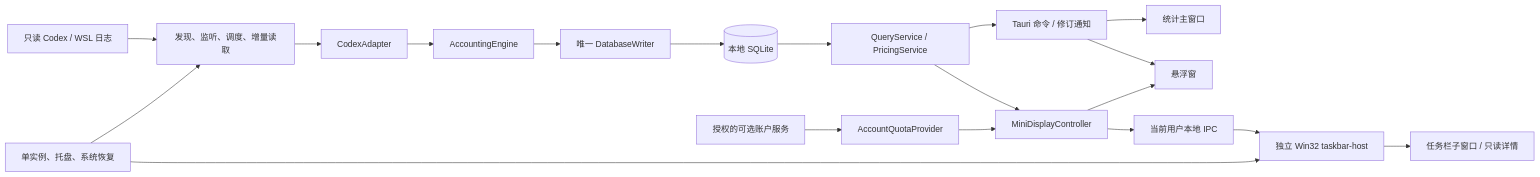
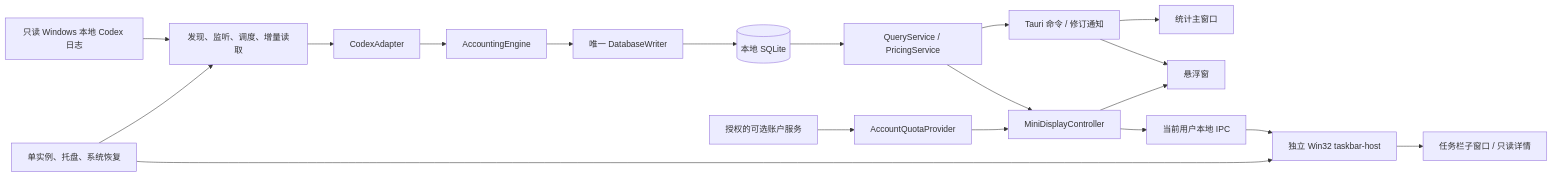
One commit to LiuYongXinn/token-pulse changed the first of 2 diagrams in docs/design/development-design.md. Above: the diagram before and after it, drawn with Mermaid. The commit also changed other lines of this file and 7 other files, not shown here.

````diff
--- a/docs/design/development-design.md
+++ b/docs/design/development-design.md
@@ -81,21 +83,21 @@
 ```mermaid
 flowchart LR
-  Logs[只读 Codex / WSL 日志] --> Collect[发现、监听、调度、增量读取]
+  Logs[只读 Windows 本地 Codex 日志] --> Collect[发现、监听、调度、增量读取]
   Collect --> Adapter[CodexAdapter]
   Adapter --> Account[AccountingEngine]
   Account --> Writer[唯一 DatabaseWriter]
   Writer --> DB[(本地 SQLite)]
   DB --> Query[QueryService / PricingService]
   Query --> IPC[Tauri 命令 / 修订通知]
   IPC --> Main[统计主窗口]
   IPC --> Float[悬浮窗]
   Quota[授权的可选账户服务] --> Provider[AccountQuotaProvider]
   Provider --> Mini[MiniDisplayController]
   Query --> Mini
   Mini --> Float
   Mini --> Pipe[当前用户本地 IPC]
   Pipe --> Host[独立 Win32 taskbar-host]
   Host --> Shell[任务栏子窗口 / 只读详情]
   Life[单实例、托盘、系统恢复] --> Collect
   Life --> Host
 ```
````
